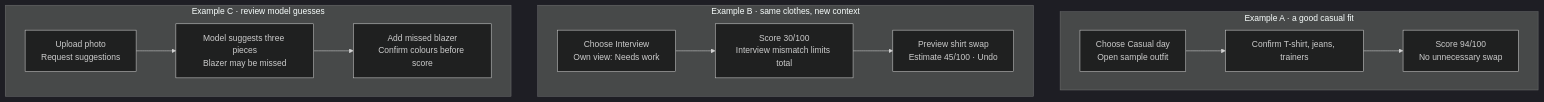
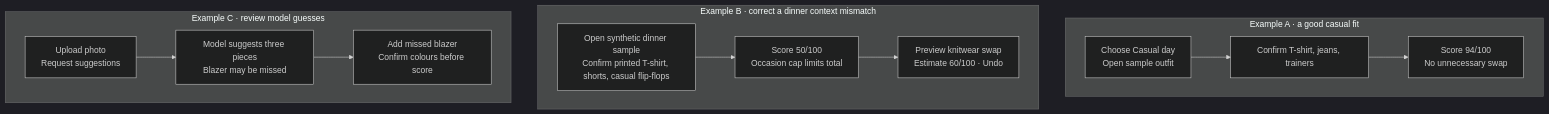
The diagram in docs/storyboards.mmd (sasvatt11/outfit-considered-a2), drawn with Mermaid (dark theme) before and after one commit. The commit also changed 12 other files, not shown here.

Commit message:
Add replayable dinner sample and final A2 report

```diff
--- a/docs/storyboards.mmd
+++ b/docs/storyboards.mmd
@@ -1,10 +1,10 @@
 flowchart TB
   subgraph A[Example A · a good casual fit]
     A1[Choose Casual day<br/>Open sample outfit] --> A2[Confirm T-shirt, jeans, trainers] --> A3[Score 94/100<br/>No unnecessary swap]
   end
-  subgraph B[Example B · same clothes, new context]
-    B1[Choose Interview<br/>Own view: Needs work] --> B2[Score 30/100<br/>Interview mismatch limits total] --> B3[Preview shirt swap<br/>Estimate 45/100 · Undo]
+  subgraph B[Example B · correct a dinner context mismatch]
+    B1[Open synthetic dinner sample<br/>Confirm printed T-shirt, shorts, casual flip-flops] --> B2[Score 50/100<br/>Occasion cap limits total] --> B3[Preview knitwear swap<br/>Estimate 60/100 · Undo]
   end
   subgraph C[Example C · review model guesses]
     C1[Upload photo<br/>Request suggestions] --> C2[Model suggests three pieces<br/>Blazer may be missed] --> C3[Add missed blazer<br/>Confirm colours before score]
   end
```
